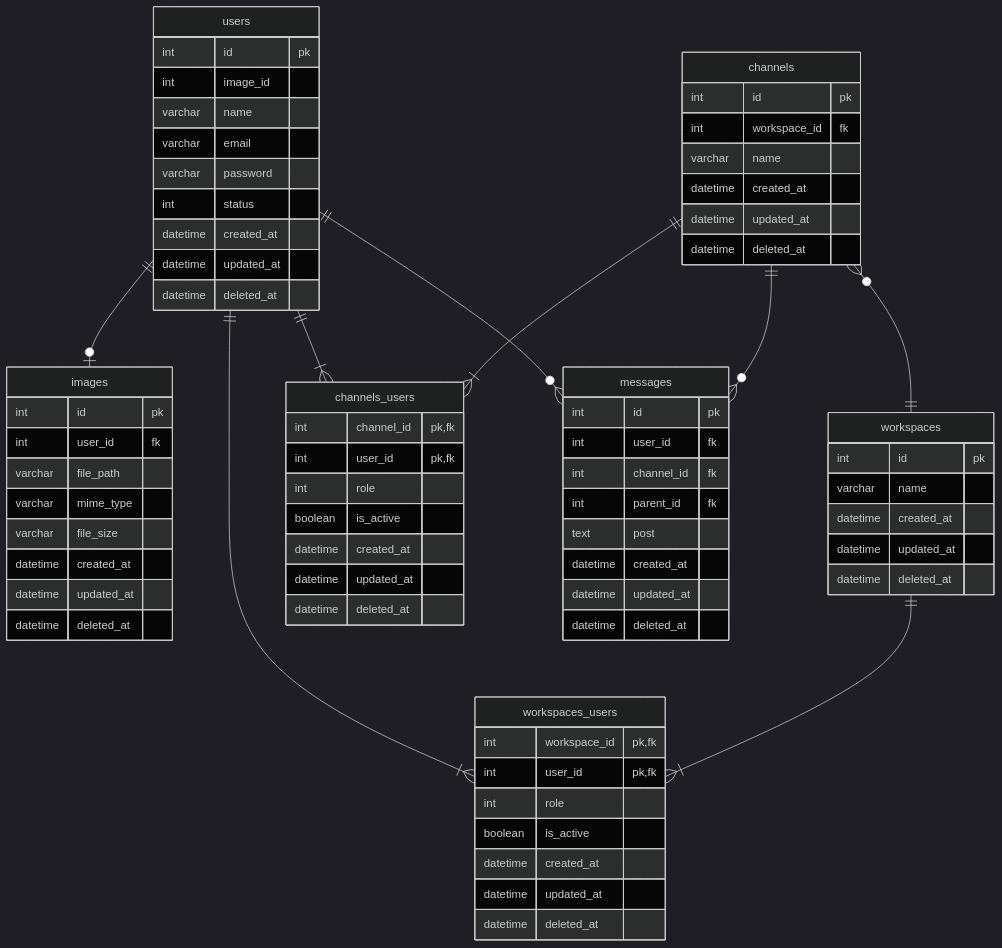
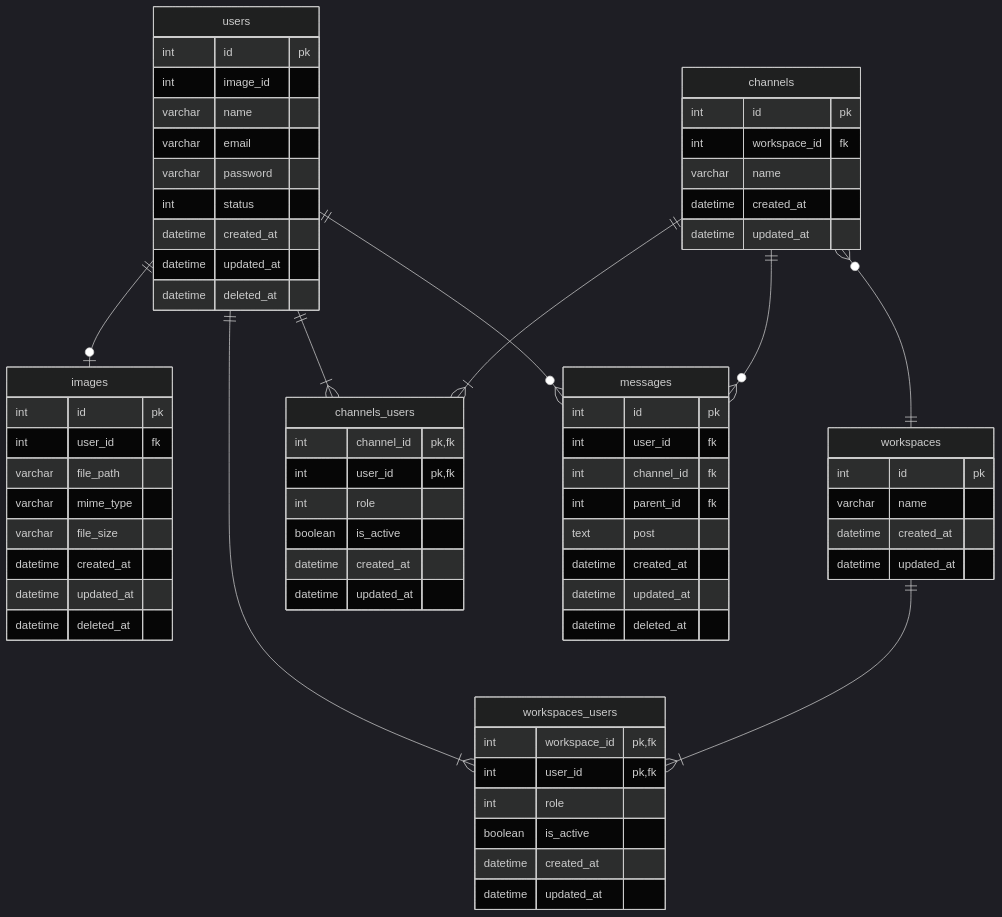
Before and after one commit to zyumax/pc_task: the diagram in データベースモデリング2/課題1/課題1-1.md, drawn with Mermaid (dark theme).

```diff
--- a/データベースモデリング2/課題1/課題1-1.md
+++ b/データベースモデリング2/課題1/課題1-1.md
@@ -59,7 +59,6 @@
   varchar name 
   datetime created_at 
   datetime updated_at
-  datetime deleted_at
 }
 
 workspaces_users {
@@ -69,7 +68,6 @@
   boolean is_active
   datetime created_at
   datetime updated_at
-  datetime deleted_at
 }
 
 channels {
@@ -78,7 +76,6 @@
   varchar name
   datetime created_at
   datetime updated_at
-  datetime deleted_at
 }
 
 channels_users {
@@ -88,7 +85,6 @@
   boolean is_active
   datetime created_at
   datetime updated_at
-  datetime deleted_at
 }
 
 messages {
```
